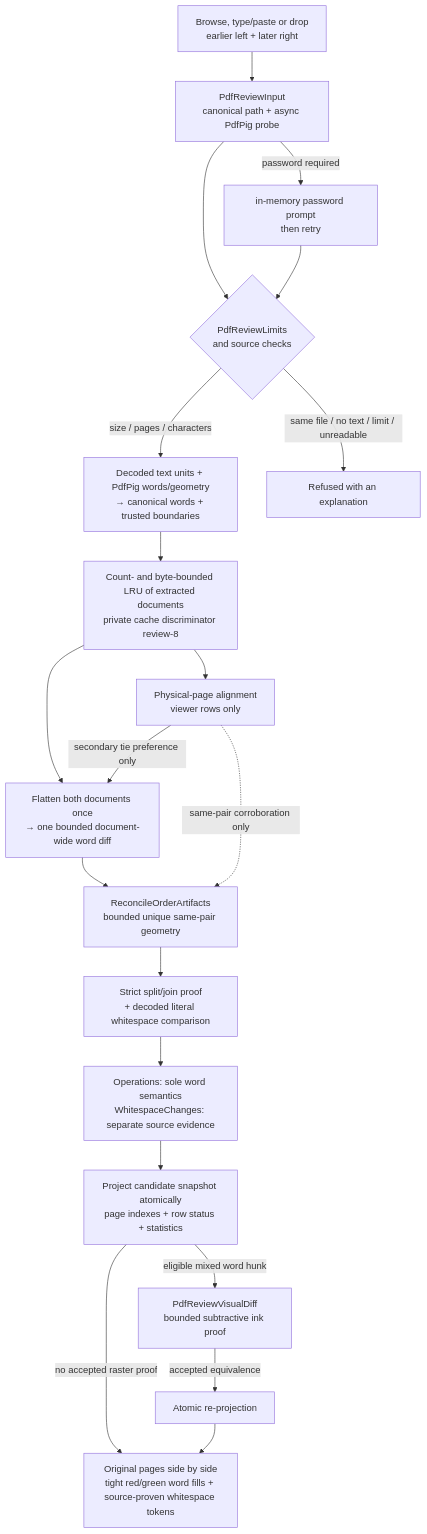
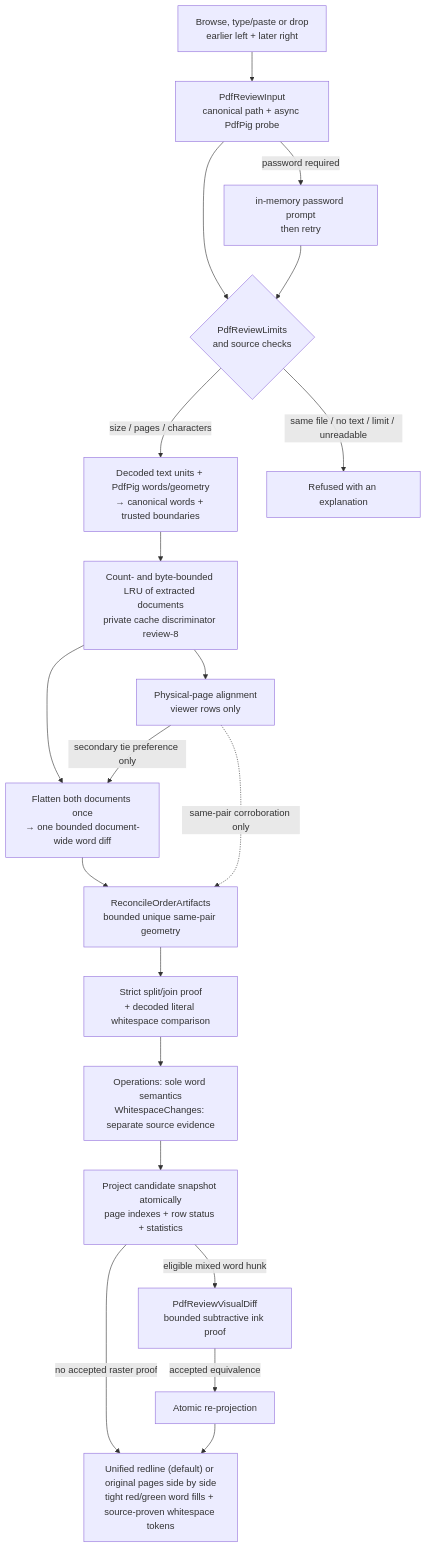
Before and after one commit to DedovMosol/iwoHelperDesktop: the second of 6 diagrams in docs/ARCHITECTURE.md, drawn with Mermaid. The commit also changed other lines of this file and 7 other files, not shown here.

````diff
--- a/docs/ARCHITECTURE.md
+++ b/docs/ARCHITECTURE.md
@@ -355,22 +364,22 @@
 ```mermaid
 flowchart TB
     A["Browse, type/paste or drop<br>earlier left + later right"] --> V["PdfReviewInput<br>canonical path + async PdfPig probe"]
     V --> B{"PdfReviewLimits<br>and source checks"}
     V -->|"password required"| P["in-memory password prompt<br>then retry"]
     P --> B
     B -->|"size / pages / characters"| C["Decoded text units + PdfPig words/geometry<br>→ canonical words + trusted boundaries"]
     C --> D["Count- and byte-bounded LRU of extracted documents<br>private cache discriminator review-8"]
     D --> R["Physical-page alignment<br>viewer rows only"]
     D --> E["Flatten both documents once<br>→ one bounded document-wide word diff"]
     R -->|"secondary tie preference only"| E
     E --> Q["ReconcileOrderArtifacts<br>bounded unique same-pair geometry"]
     R -.->|"same-pair corroboration only"| Q
     Q --> S["Strict split/join proof<br>+ decoded literal whitespace comparison"]
     S --> O["Operations: sole word semantics<br>WhitespaceChanges: separate source evidence"]
     O --> G["Project candidate snapshot atomically<br>page indexes + row status + statistics"]
     G -->|"eligible mixed word hunk"| F["PdfReviewVisualDiff<br>bounded subtractive ink proof"]
     F -->|"accepted equivalence"| J["Atomic re-projection"]
-    G -->|"no accepted raster proof"| H["Original pages side by side<br>tight red/green word fills + source-proven whitespace tokens"]
+    G -->|"no accepted raster proof"| H["Unified redline (default) or original pages side by side<br>tight red/green word fills + source-proven whitespace tokens"]
     J --> H
     B -->|"same file / no text / limit / unreadable"| X["Refused with an explanation"]
 ```
````
